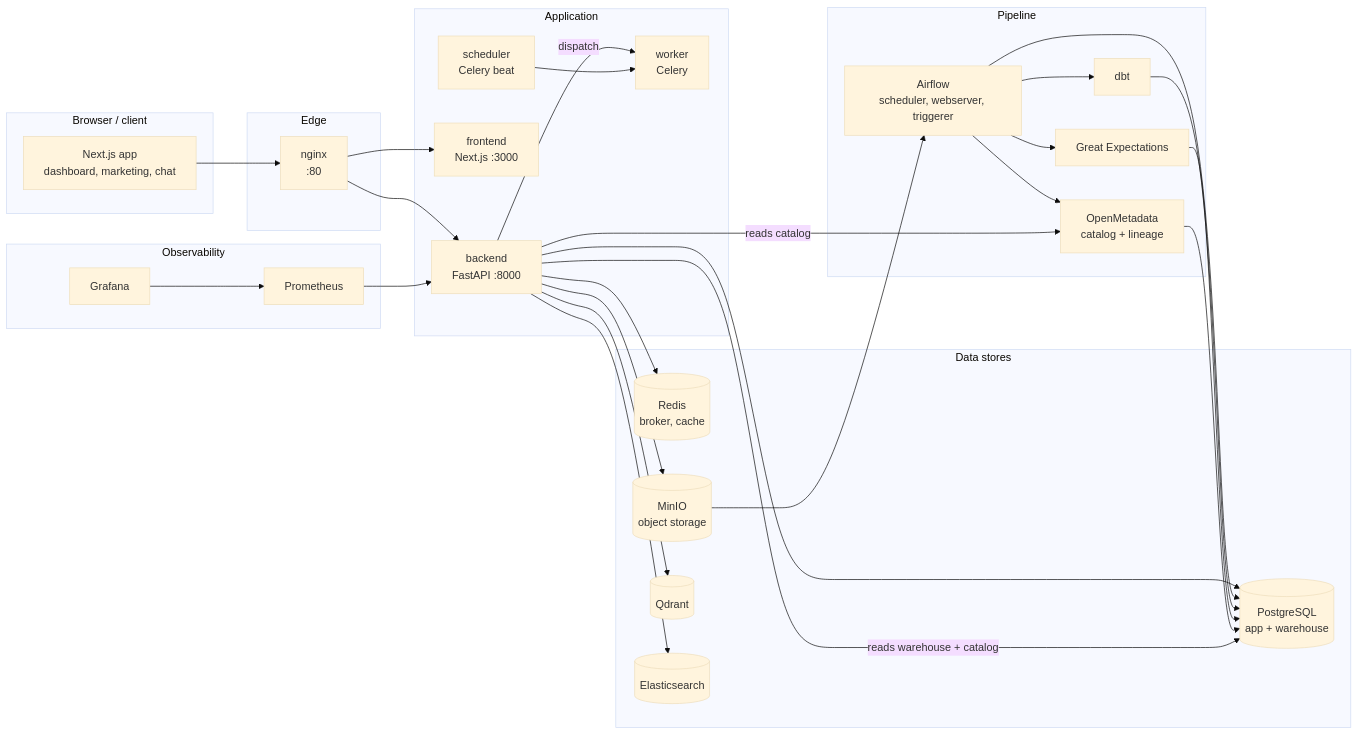
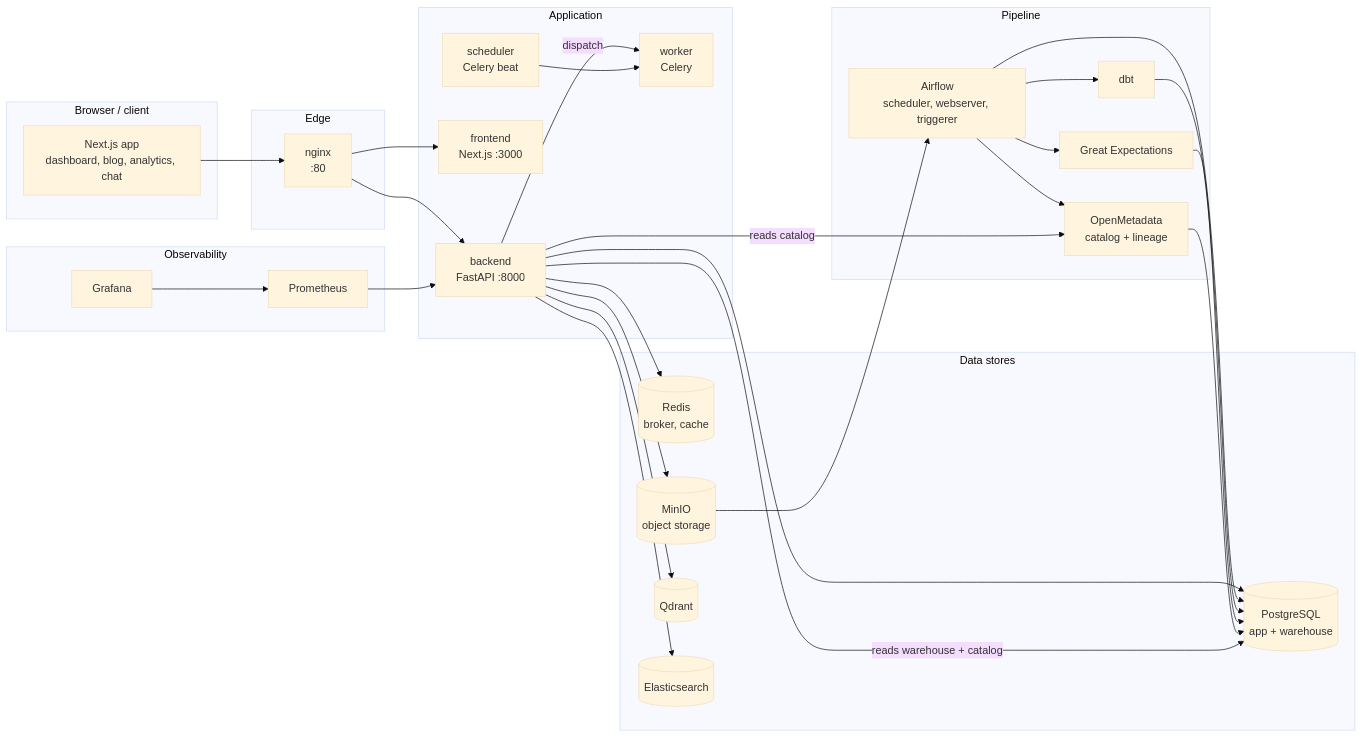
The first of 15 diagrams in README.md (MaaeYeng2517/data-engineering-platform), drawn with Mermaid (base theme) before and after one commit. The commit also changed other lines of this file and 64 other files, not shown here.

First line of the commit message:
refactor: blog + analytics APIs, celery resilience, frontend blog homepage

````diff
--- a/README.md
+++ b/README.md
@@ -40,60 +40,60 @@
 ```mermaid
 flowchart LR
     subgraph client["Browser / client"]
-        UI["Next.js app<br/>dashboard, marketing, chat"]
+        UI["Next.js app<br/>dashboard, blog, analytics, chat"]
     end
 
     subgraph edge["Edge"]
         NG["nginx<br/>:80"]
     end
 
     subgraph app["Application"]
         BE["backend<br/>FastAPI :8000"]
         FE["frontend<br/>Next.js :3000"]
         WK["worker<br/>Celery"]
         BT["scheduler<br/>Celery beat"]
     end
 
     subgraph data["Data stores"]
         PG[("PostgreSQL<br/>app + warehouse")]
         RD[("Redis<br/>broker, cache")]
         S3[("MinIO<br/>object storage")]
         QD[("Qdrant")]
         ES[("Elasticsearch")]
     end
 
     subgraph pipeline["Pipeline"]
         AF["Airflow<br/>scheduler, webserver, triggerer"]
         DBT["dbt"]
         GE["Great Expectations"]
         OM["OpenMetadata<br/>catalog + lineage"]
     end
 
     subgraph obs["Observability"]
         PR["Prometheus"]
         GR["Grafana"]
     end
 
     UI --> NG
     NG --> FE
     NG --> BE
     BE --> PG
     BE --> RD
     BE --> S3
     BE --> QD
     BE --> ES
     BE -->|dispatch| WK
     BT --> WK
     S3 --> AF
     AF --> DBT
     AF --> GE
     AF --> PG
     DBT --> PG
     GE --> PG
     AF --> OM
     OM --> PG
     BE -->|reads warehouse + catalog| PG
     BE -->|reads catalog| OM
     PR --> BE
     GR --> PR
 ```
````
